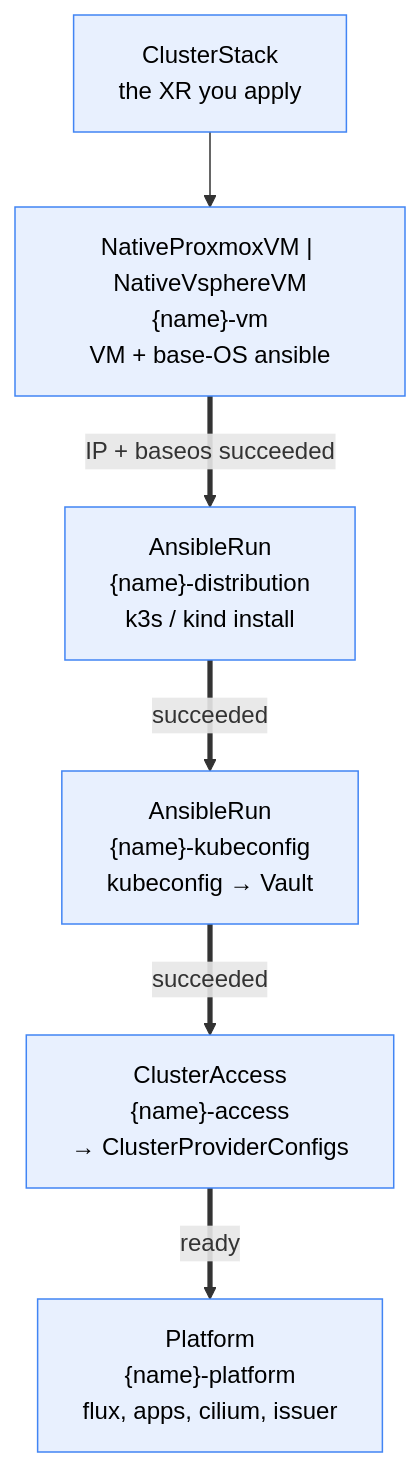
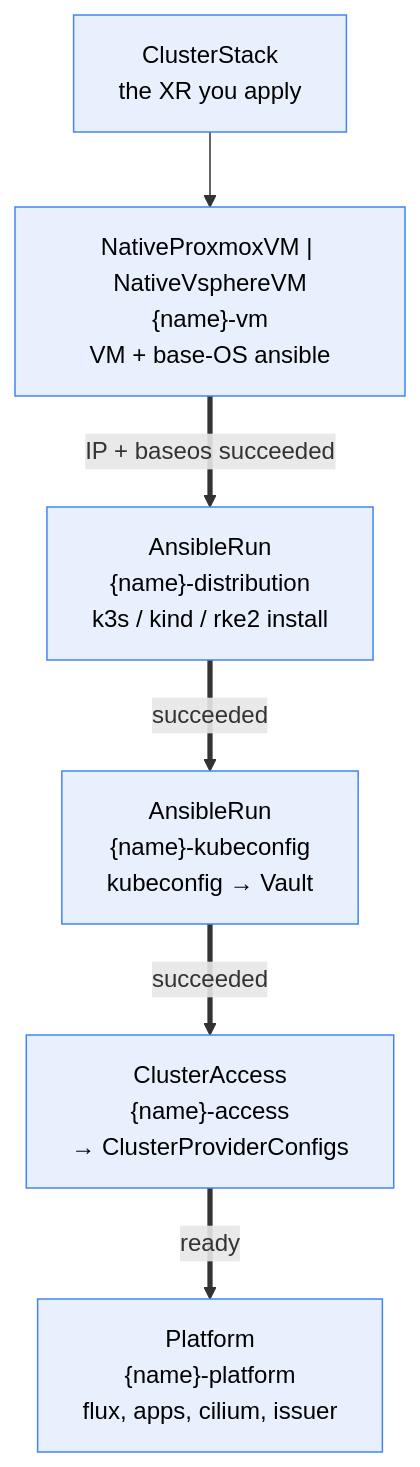
The diagram in bootstrap/cluster/README.md (stuttgart-things/crossplane-configurations), drawn with Mermaid before and after one commit. The commit also changed other lines of this file and 4 other files, not shown here.

````diff
--- a/bootstrap/cluster/README.md
+++ b/bootstrap/cluster/README.md
@@ -47,18 +47,18 @@
 ```mermaid
 flowchart TD
     CS["ClusterStack<br/>the XR you apply"]
     VM["NativeProxmoxVM | NativeVsphereVM<br/>{name}-vm<br/>VM + base-OS ansible"]
-    D["AnsibleRun<br/>{name}-distribution<br/>k3s / kind install"]
+    D["AnsibleRun<br/>{name}-distribution<br/>k3s / kind / rke2 install"]
     K["AnsibleRun<br/>{name}-kubeconfig<br/>kubeconfig → Vault"]
     A["ClusterAccess<br/>{name}-access<br/>→ ClusterProviderConfigs"]
     P["Platform<br/>{name}-platform<br/>flux, apps, cilium, issuer"]
 
     CS --> VM
     VM ==>|"IP + baseos succeeded"| D
     D ==>|"succeeded"| K
     K ==>|"succeeded"| A
     A ==>|"ready"| P
 
     classDef xr fill:#e8f0fe,stroke:#4285f4,color:#000
     class CS,VM,D,K,A,P xr
 ```
````
